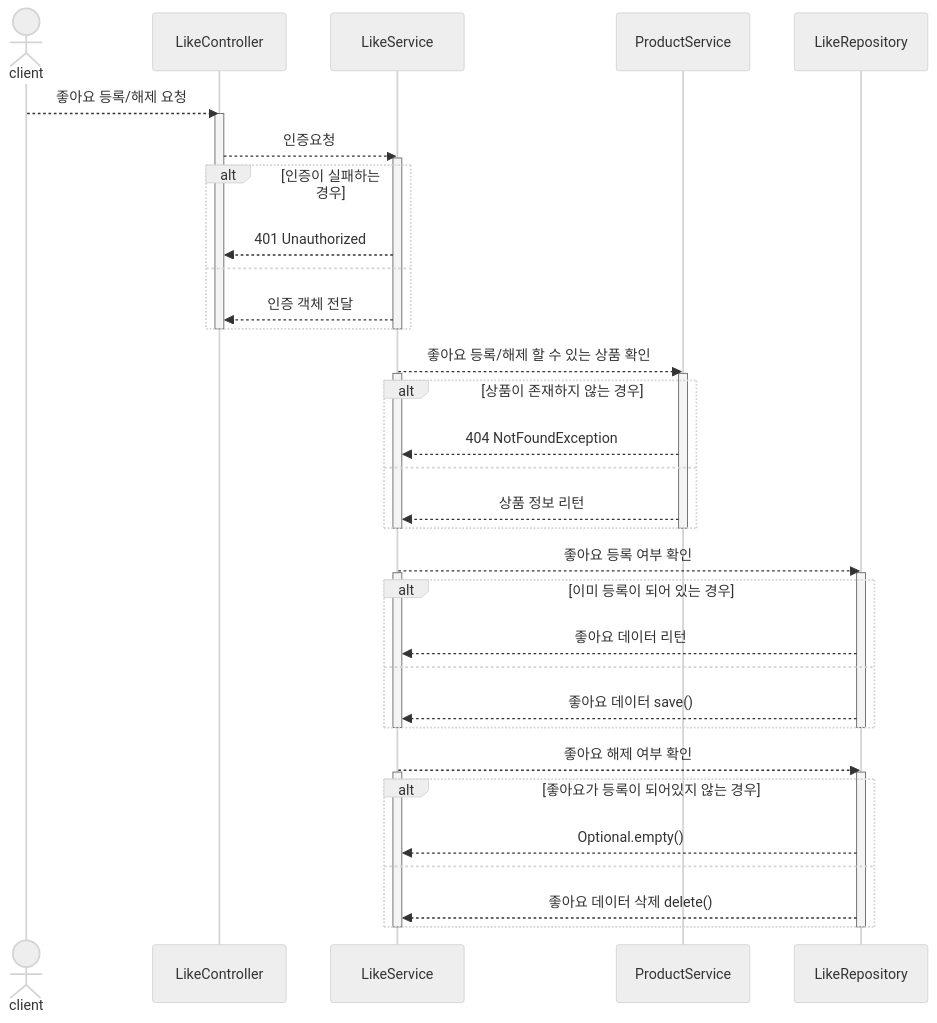
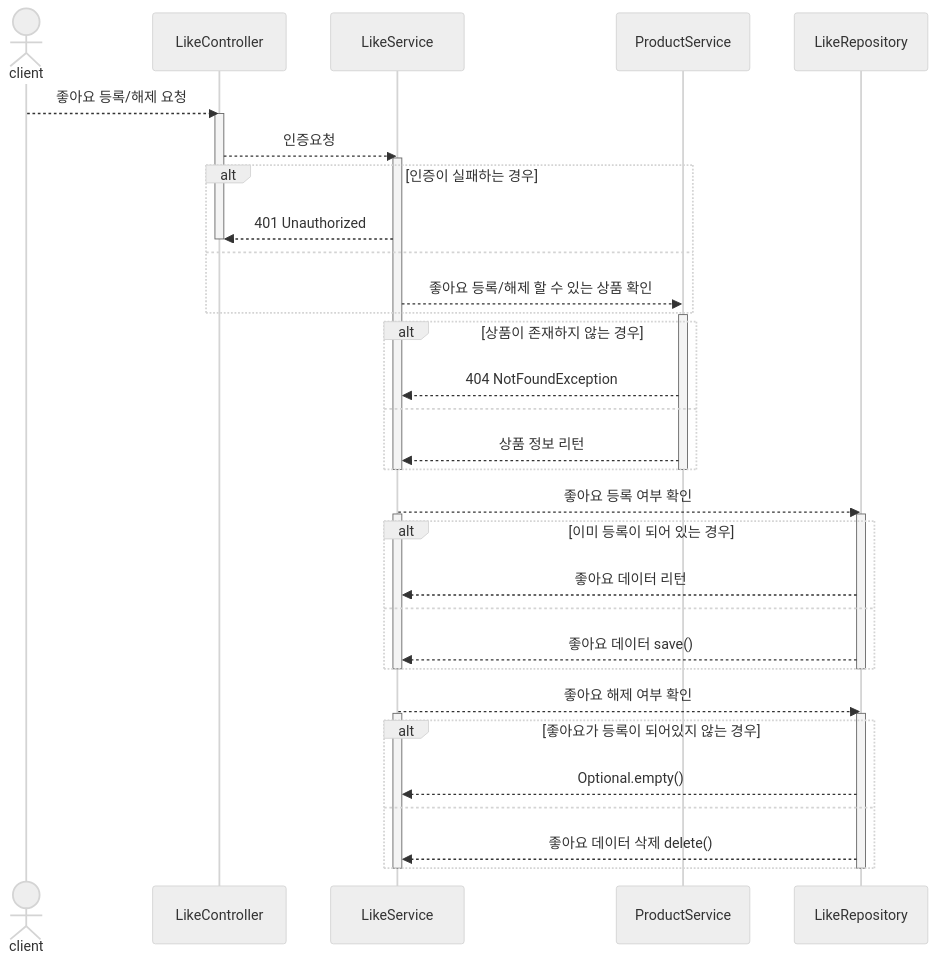
Before and after one commit to Roopers-Team-6/younghun: the fourth of 6 diagrams in apps/commerce-api/docs/desigin/02-sequence-diagrams.md, drawn with Mermaid (neutral theme). The commit also changed other lines of this file, not shown here.

Commit message:
doc: 시퀀스 다이어그램 작성 - 인증 성공시 다음 과정으로 가도록 유도

````diff
--- a/apps/commerce-api/docs/desigin/02-sequence-diagrams.md
+++ b/apps/commerce-api/docs/desigin/02-sequence-diagrams.md
@@ -80,56 +80,53 @@
 ```mermaid
 sequenceDiagram 
 actor  C as client
 participant LC AS LikeController
 participant LS AS LikeService
 participant PS AS ProductService
 participant LR AS LikeRepository
 
 C -->> LC: 좋아요 등록/해제 요청
 activate LC
 LC -->> LS: 인증요청
 activate LS
 alt 인증이 실패하는 경우 
 LS -->> LC: 401 Unauthorized
+deactivate LC
 else
-LS -->> LC: 인증 객체 전달    
-end
-deactivate LS
-deactivate LC
-
 %% 상품이 존재하는지 조사
 LS -->> PS: 좋아요 등록/해제 할 수 있는 상품 확인
-activate LS
+end
+
 activate PS
 alt 상품이 존재하지 않는 경우 
 PS -->> LS: 404 NotFoundException
 else
 PS -->> LS: 상품 정보 리턴    
 end
 deactivate LS
 deactivate PS
 
 %% 좋아요 등록
 LS -->> LR: 좋아요 등록 여부 확인
 activate LS
 activate LR
 alt 이미 등록이 되어 있는 경우
 LR -->> LS: 좋아요 데이터 리턴
 else
 LR -->> LS: 좋아요 데이터 save()   
 end
 deactivate LR
 deactivate LS
 
 %% 좋아요 등록 해제
 LS -->> LR: 좋아요 해제 여부 확인
 activate LS
 activate LR
 alt 좋아요가 등록이 되어있지 않는 경우
 LR -->> LS: Optional.empty()
 else
 LR -->> LS: 좋아요 데이터 삭제 delete()
 end
 deactivate LR
 deactivate LS
 ```
````
